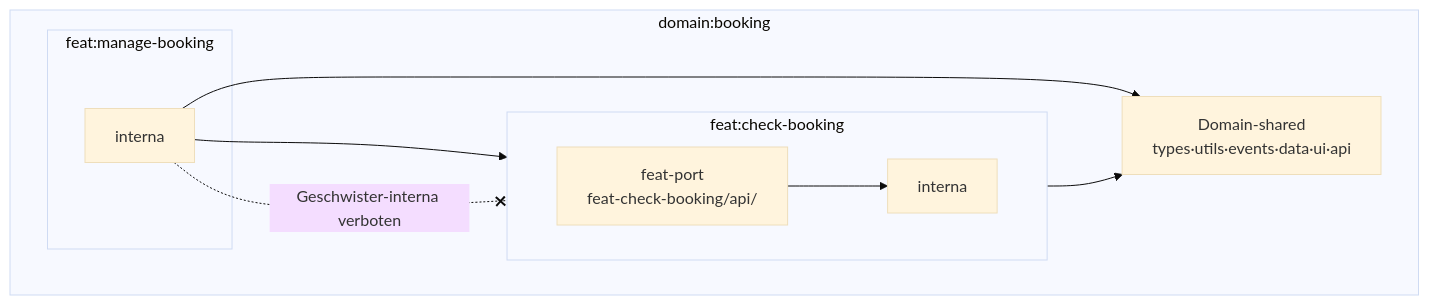
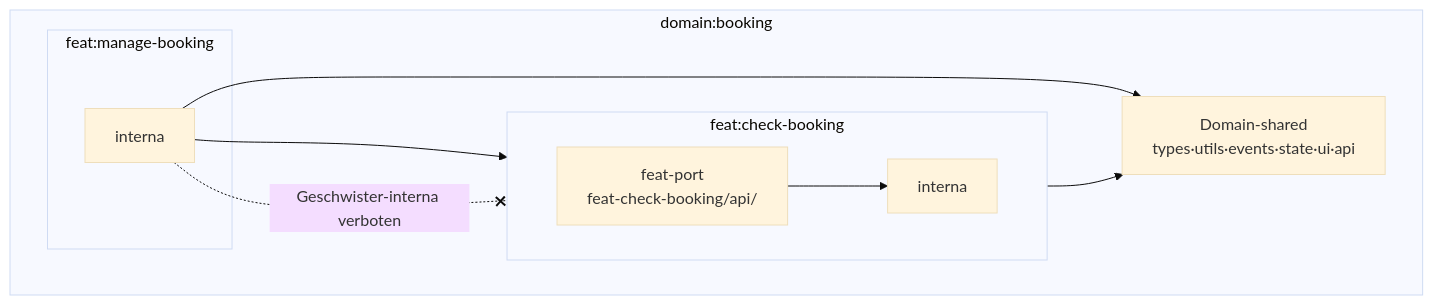
The fourth of 5 diagrams in docs/architecture.md (michaelbe812/sheriff-demos), drawn with Mermaid (base theme) before and after one commit. The commit also changed other lines of this file and 26 other files, not shown here.

````diff
--- a/docs/architecture.md
+++ b/docs/architecture.md
@@ -170,21 +170,21 @@
 ```mermaid
 graph LR
   subgraph D["domain:booking"]
     direction LR
-    dshared["Domain-shared<br/>types·utils·events·data·ui·api"]
+    dshared["Domain-shared<br/>types·utils·events·state·ui·api"]
     subgraph F1["feat:check-booking"]
       direction LR
       f1port["feat-port<br/>feat-check-booking/api/"]
       f1int["interna"]
     end
     subgraph F2["feat:manage-booking"]
       f2int["interna"]
     end
   end
 
   f2int --> f1port
   f2int --> dshared
   f1int --> dshared
   f1port --> f1int
   f2int -. "Geschwister-interna verboten" .-x f1int
 ```
````
